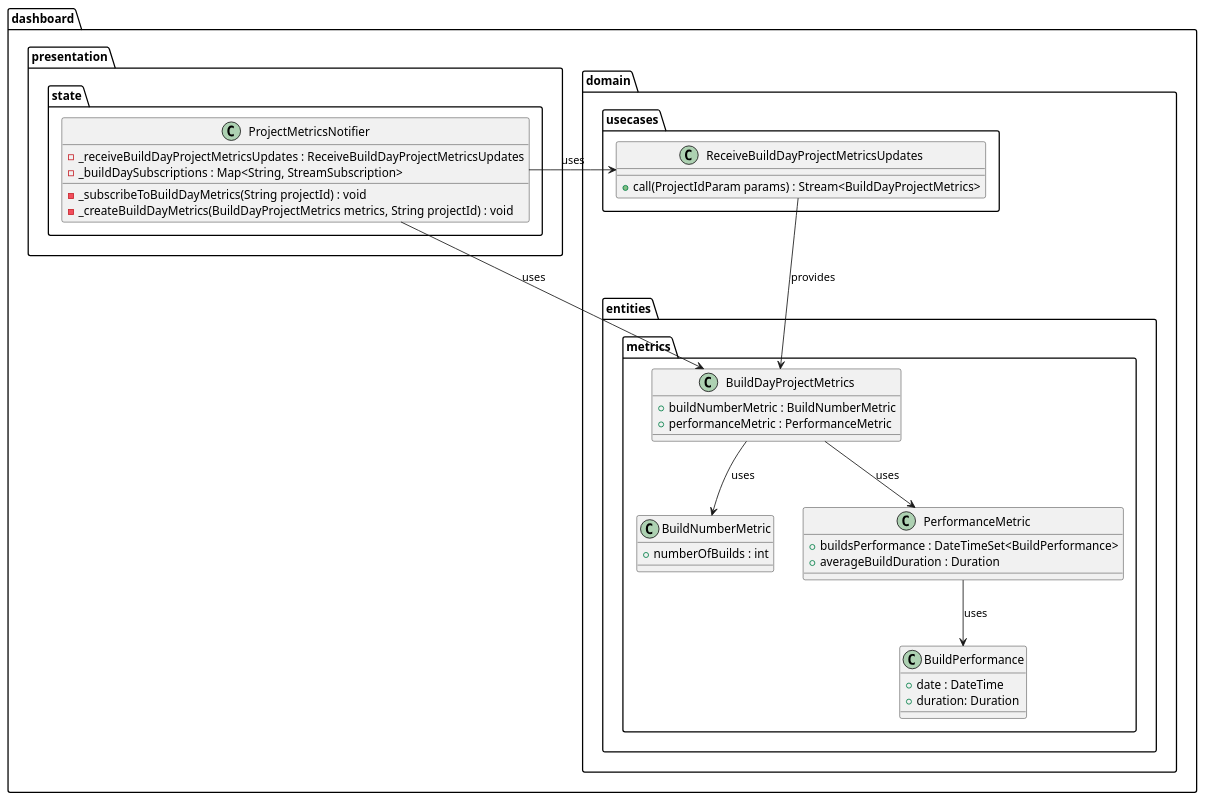
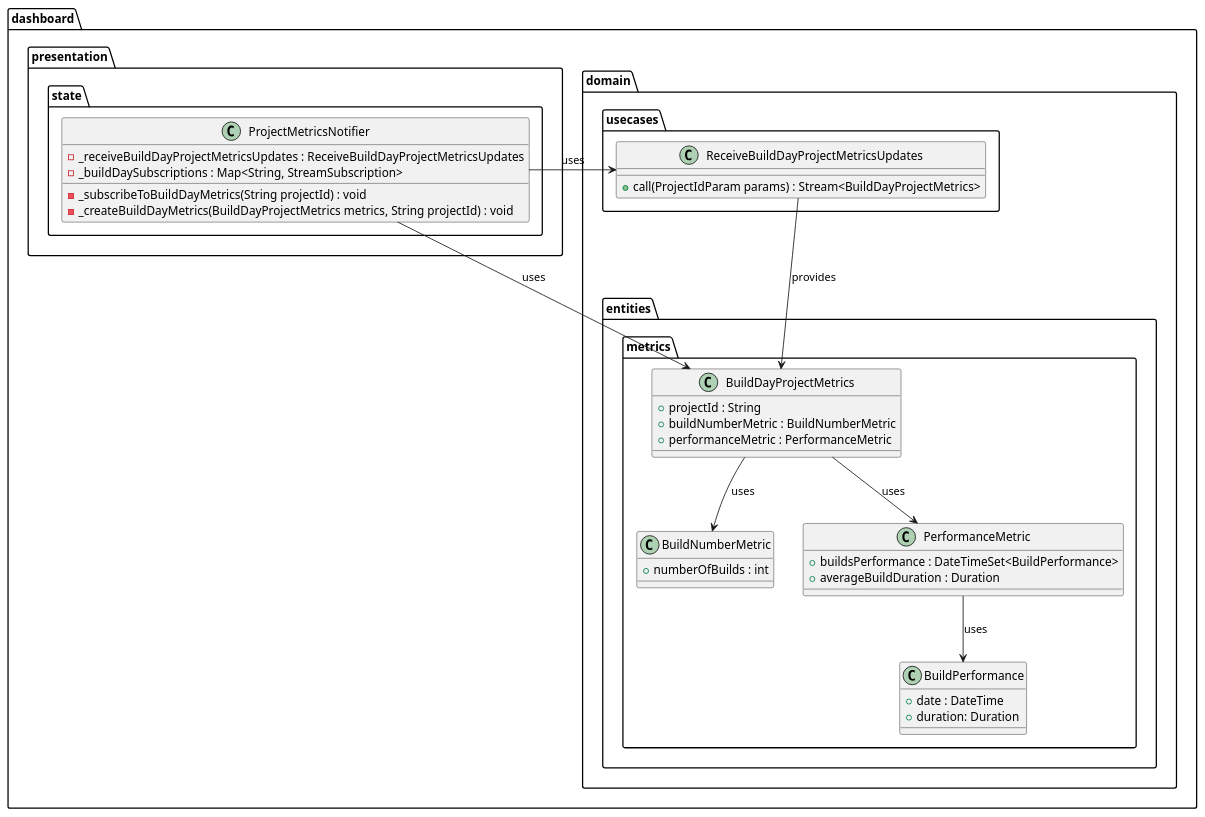
The diagram in metrics/web/docs/features/builds_aggregation/diagrams/build_days_presentation_layer_class_diagram.puml (Flank/flank-dashboard), drawn with PlantUML before and after one commit. The commit also changed 1 other file, not shown here.

```diff
--- a/metrics/web/docs/features/builds_aggregation/diagrams/build_days_presentation_layer_class_diagram.puml
+++ b/metrics/web/docs/features/builds_aggregation/diagrams/build_days_presentation_layer_class_diagram.puml
@@ -1,47 +1,48 @@
 @startuml build_days_presentation_layer_class_diagram
     package dashboard {
         package domain {
             package entities.metrics {
                 class BuildNumberMetric {
                     + numberOfBuilds : int
                 }
                 class BuildPerformance {
                         + date : DateTime
                         + duration: Duration
                 }
                 class PerformanceMetric {
                     + buildsPerformance : DateTimeSet<BuildPerformance>
                     + averageBuildDuration : Duration
                 }
                 class BuildDayProjectMetrics {
+                    + projectId : String
                     + buildNumberMetric : BuildNumberMetric
                     + performanceMetric : PerformanceMetric
                 }
             }
 
             package usecases {
                 class ReceiveBuildDayProjectMetricsUpdates {
                     + call(ProjectIdParam params) : Stream<BuildDayProjectMetrics>
                 }
             }
         }
 
         package presentation.state {
             class ProjectMetricsNotifier {
                 - _receiveBuildDayProjectMetricsUpdates : ReceiveBuildDayProjectMetricsUpdates
                 - _buildDaySubscriptions : Map<String, StreamSubscription>
                 - _subscribeToBuildDayMetrics(String projectId) : void
                 - _createBuildDayMetrics(BuildDayProjectMetrics metrics, String projectId) : void
             }
         }
     }
 
     ProjectMetricsNotifier -right-> ReceiveBuildDayProjectMetricsUpdates : uses
     ReceiveBuildDayProjectMetricsUpdates --> BuildDayProjectMetrics : provides
     ProjectMetricsNotifier --> BuildDayProjectMetrics : uses
 
     BuildDayProjectMetrics --> BuildNumberMetric : uses
     BuildDayProjectMetrics --> PerformanceMetric : uses
     PerformanceMetric --> BuildPerformance : uses
     
 @enduml
```
